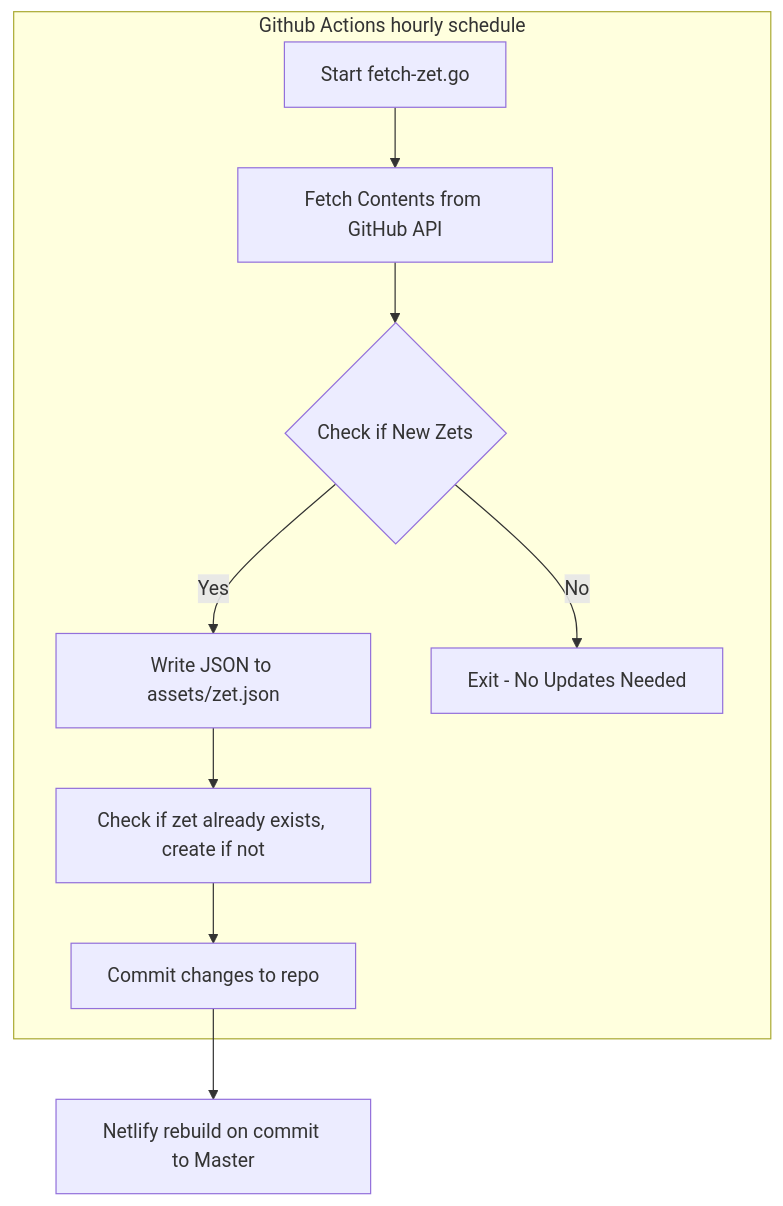
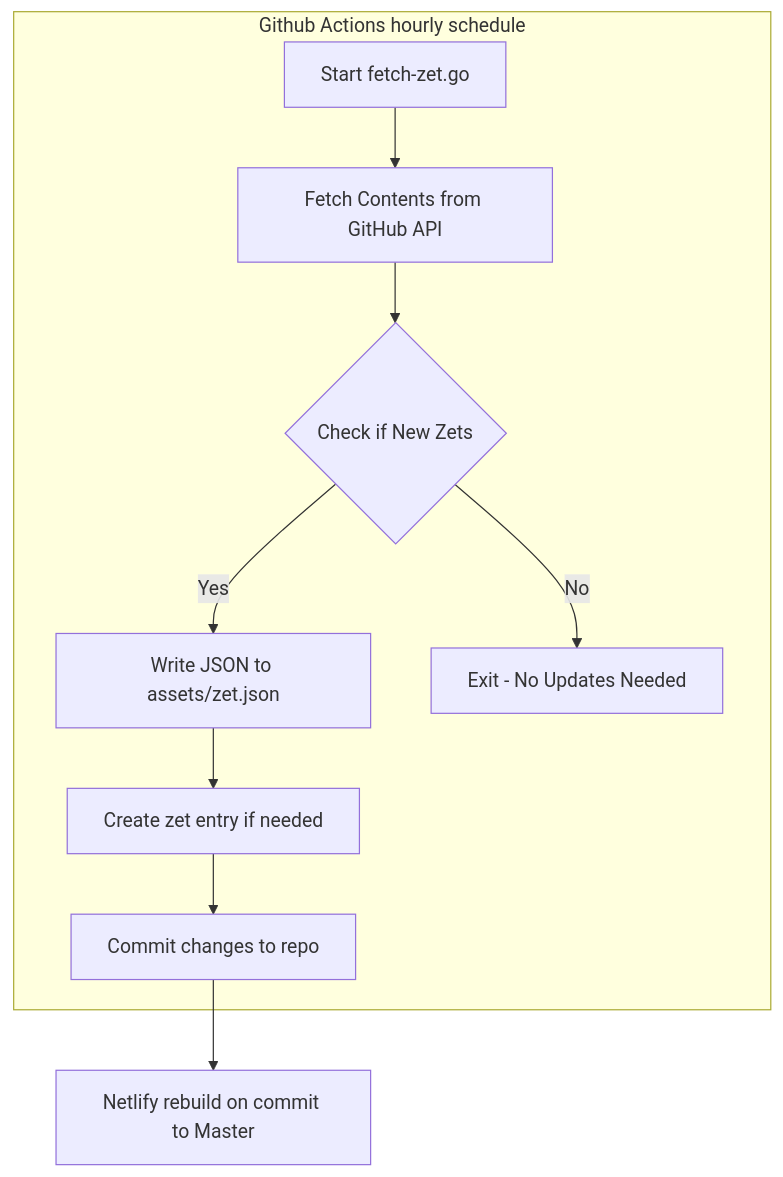
The diagram in content/blog/2025/2025-01-14-github-actions-auto-publish-zettelkasten-notes.md (danielmichaels/danielms), drawn with Mermaid before and after one commit. The commit also changed other lines of this file and 1 other file, not shown here.

```diff
--- a/content/blog/2025/2025-01-14-github-actions-auto-publish-zettelkasten-notes.md
+++ b/content/blog/2025/2025-01-14-github-actions-auto-publish-zettelkasten-notes.md
@@ -134,12 +135,12 @@
 {{< mermaid >}}
 graph TD
 subgraph "Github Actions hourly schedule"
-    A[Start fetch-zet.go] --> E[Fetch Contents from GitHub API]
-    E --> F{Check if New Zets}
-    F -->|Yes| G[Write JSON to assets/zet.json]
-    G --> H[Check if zet already exists, create if not]
-    F -->|No| L[Exit - No Updates Needed]
-    H --> M[Commit changes to repo]
+A[Start fetch-zet.go] --> E[Fetch Contents from GitHub API]
+E --> F{Check if New Zets}
+F -->|Yes| G[Write JSON to assets/zet.json]
+G --> H[Create zet entry if needed]
+F -->|No| L[Exit - No Updates Needed]
+H --> M[Commit changes to repo]
 end
-    M --> N[Netlify rebuild on commit to Master]
+M --> N[Netlify rebuild on commit to Master]
 {{< /mermaid >}}
```
